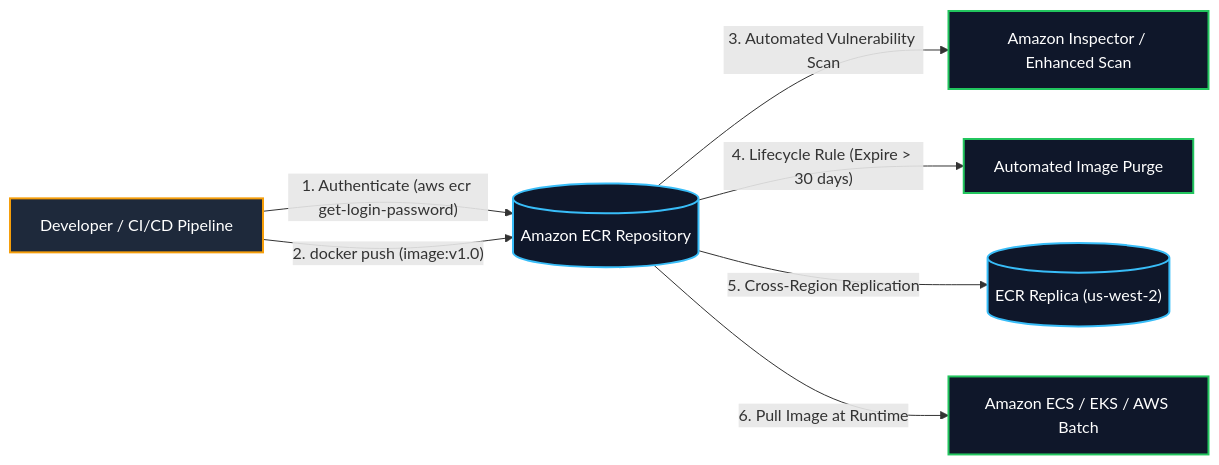
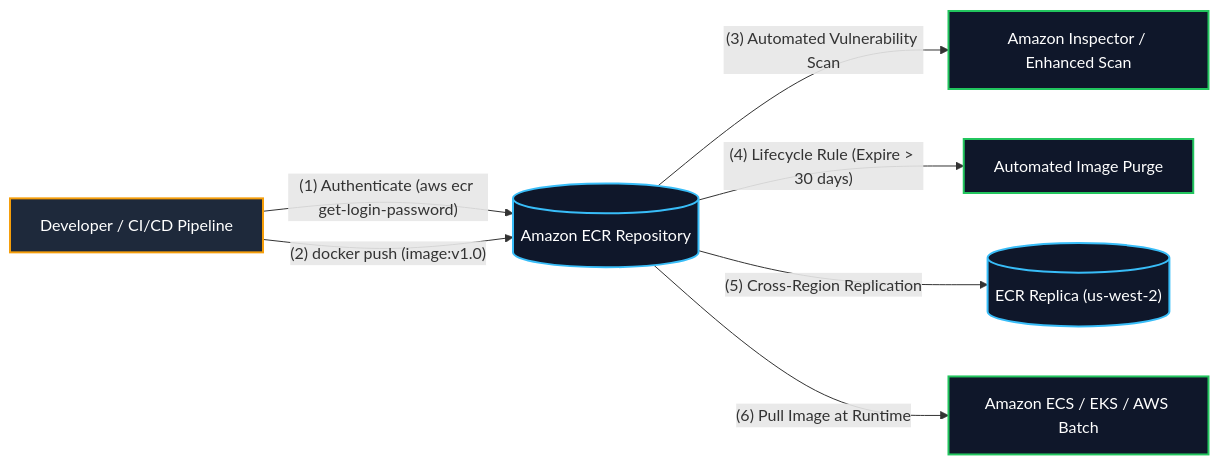
One commit to Wathon/aws-dea-c01-note changed the third of 12 diagrams in content/02-services/compute-containers/ecr-ecs-eks.md. Above: the diagram before and after it, drawn with Mermaid. The commit also changed other lines of this file and 19 other files, not shown here.

Commit message:
fix(mermaid): resolve 'Unsupported markdown: list' rendering issues across all diagram node and edge labels

````diff
--- a/content/02-services/compute-containers/ecr-ecs-eks.md
+++ b/content/02-services/compute-containers/ecr-ecs-eks.md
@@ -155,17 +155,17 @@
 ```mermaid
 graph LR
-    Dev["Developer / CI/CD Pipeline"] -->|"1. Authenticate (aws ecr get-login-password)"| ECR[("Amazon ECR Repository")]
-    Dev -->|"2. docker push (image:v1.0)"| ECR
-    ECR -->|"3. Automated Vulnerability Scan"| Inspector["Amazon Inspector / Enhanced Scan"]
-    ECR -->|"4. Lifecycle Rule (Expire > 30 days)"| Cleaner["Automated Image Purge"]
-    ECR -->|"5. Cross-Region Replication"| DRRegion[("ECR Replica (us-west-2)")]
-    ECR -->|"6. Pull Image at Runtime"| ECS_EKS["Amazon ECS / EKS / AWS Batch"]
+    Dev["Developer / CI/CD Pipeline"] -->|"(1) Authenticate (aws ecr get-login-password)"| ECR[("Amazon ECR Repository")]
+    Dev -->|"(2) docker push (image:v1.0)"| ECR
+    ECR -->|"(3) Automated Vulnerability Scan"| Inspector["Amazon Inspector / Enhanced Scan"]
+    ECR -->|"(4) Lifecycle Rule (Expire > 30 days)"| Cleaner["Automated Image Purge"]
+    ECR -->|"(5) Cross-Region Replication"| DRRegion[("ECR Replica (us-west-2)")]
+    ECR -->|"(6) Pull Image at Runtime"| ECS_EKS["Amazon ECS / EKS / AWS Batch"]
 
     classDef dev fill:#1e293b,stroke:#f59e0b,stroke-width:2px,color:#fff;
     classDef ecr fill:#0f172a,stroke:#38bdf8,stroke-width:2px,color:#fff;
     classDef proc fill:#0f172a,stroke:#22c55e,stroke-width:2px,color:#fff;
 
     class Dev dev;
     class ECR,DRRegion ecr;
     class Inspector,Cleaner,ECS_EKS proc;
 ```
````
